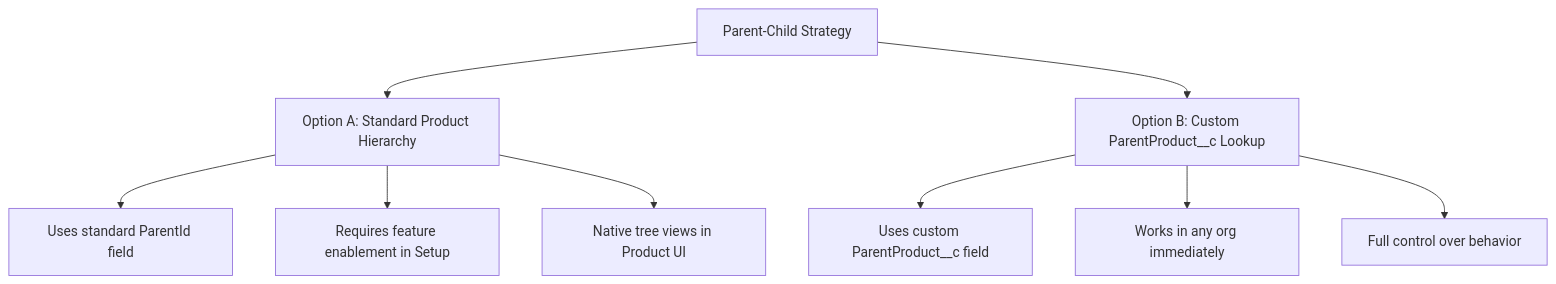
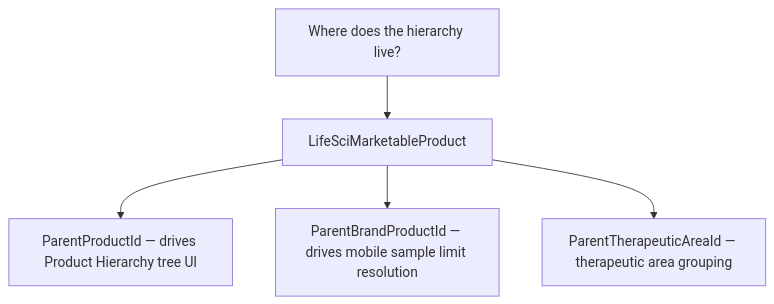
One commit to afls-ideas/Multi-Country-Brand-Setup changed the diagram in README-06-Parent-Child-Approaches.md. Above: the diagram before and after it, drawn with Mermaid. The commit also changed other lines of this file and 8 other files, not shown here.

First line of the commit message:
Fix Product Hierarchy nesting and remove ParentProduct__c

````diff
--- a/README-06-Parent-Child-Approaches.md
+++ b/README-06-Parent-Child-Approaches.md
@@ -7,13 +7,8 @@
 ```mermaid
 graph TD
-    A[Parent-Child Strategy] --> B[Option A: Standard Product Hierarchy]
-    A --> C[Option B: Custom ParentProduct__c Lookup]
+    A[Where does the hierarchy live?] --> B[LifeSciMarketableProduct]
 
-    B --> B1[Uses standard ParentId field]
-    B --> B2[Requires feature enablement in Setup]
-    B --> B3[Native tree views in Product UI]
-
-    C --> C1[Uses custom ParentProduct__c field]
-    C --> C2[Works in any org immediately]
-    C --> C3[Full control over behavior]
+    B --> B1[ParentProductId — drives Product Hierarchy tree UI]
+    B --> B2[ParentBrandProductId — drives mobile sample limit resolution]
+    B --> B3[ParentTherapeuticAreaId — therapeutic area grouping]
 ```
````
